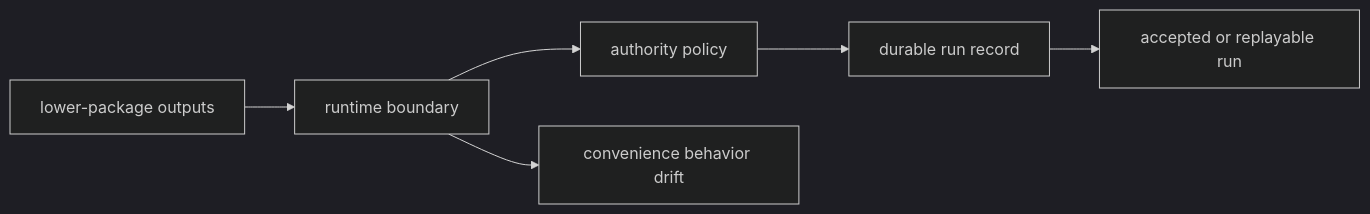
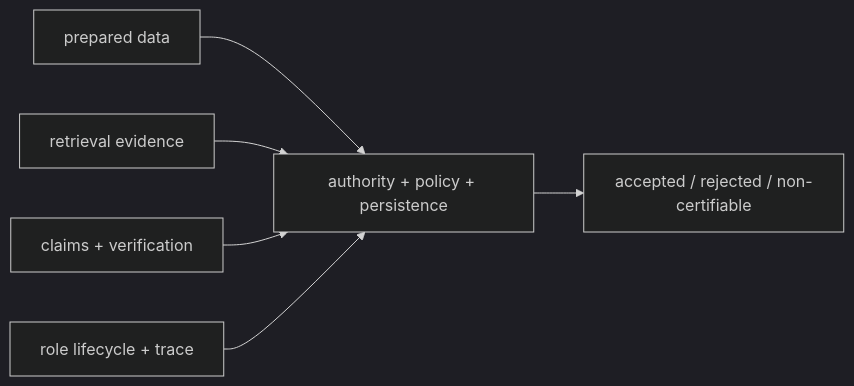
One commit to bijux/bijux-canon changed the diagram in docs/06-bijux-canon-runtime/foundation/index.md. Above: the diagram before and after it, drawn with Mermaid (dark theme). The commit also changed other lines of this file and 3 other files, not shown here.

Commit message:
docs(runtime): define authority persistence and replay

````diff
--- a/docs/06-bijux-canon-runtime/foundation/index.md
+++ b/docs/06-bijux-canon-runtime/foundation/index.md
@@ -16,12 +19,14 @@
 ```mermaid
 flowchart LR
-    lower["lower-package outputs"]
-    package["runtime boundary"]
-    policy["authority policy"]
-    record["durable run record"]
-    verdict["accepted or replayable run"]
-    blur["convenience behavior drift"]
+    ingest["prepared data"]
+    index["retrieval evidence"]
+    reason["claims + verification"]
+    agent["role lifecycle + trace"]
+    runtime["authority + policy + persistence"]
+    verdict["accepted / rejected / non-certifiable"]
 
-    lower --> package --> policy --> record --> verdict
-    package --> blur
+    ingest --> runtime
+    index --> runtime
+    reason --> runtime
+    agent --> runtime --> verdict
 ```
````
